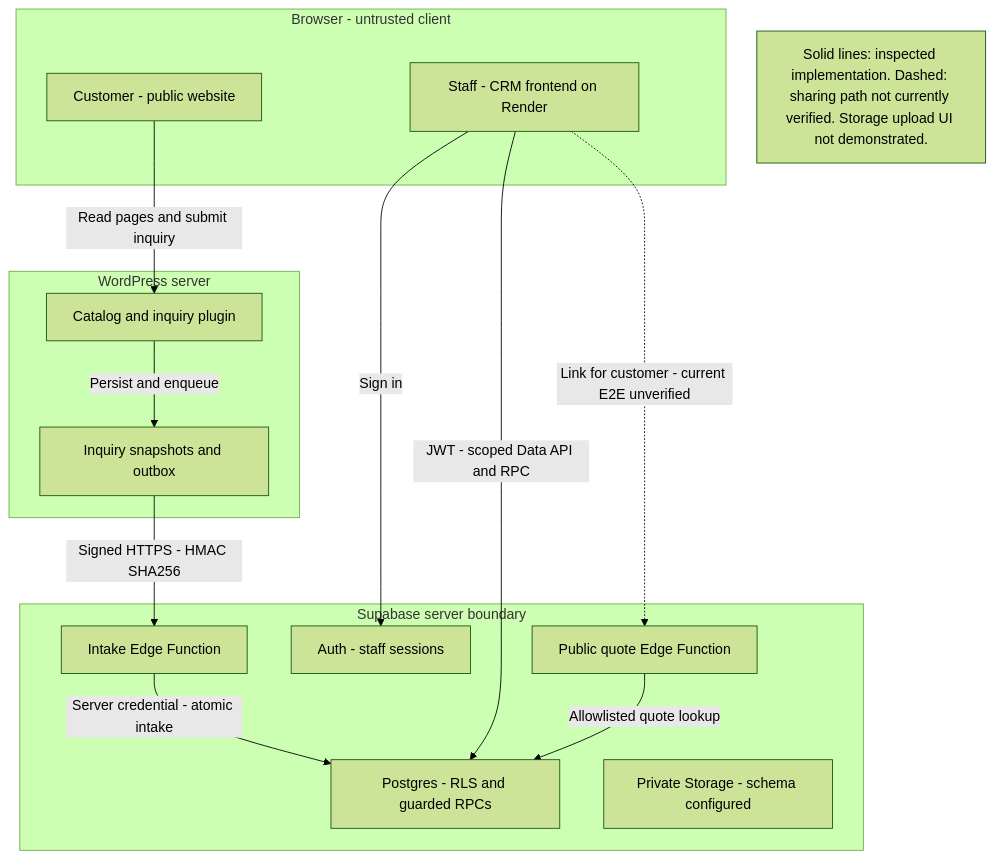
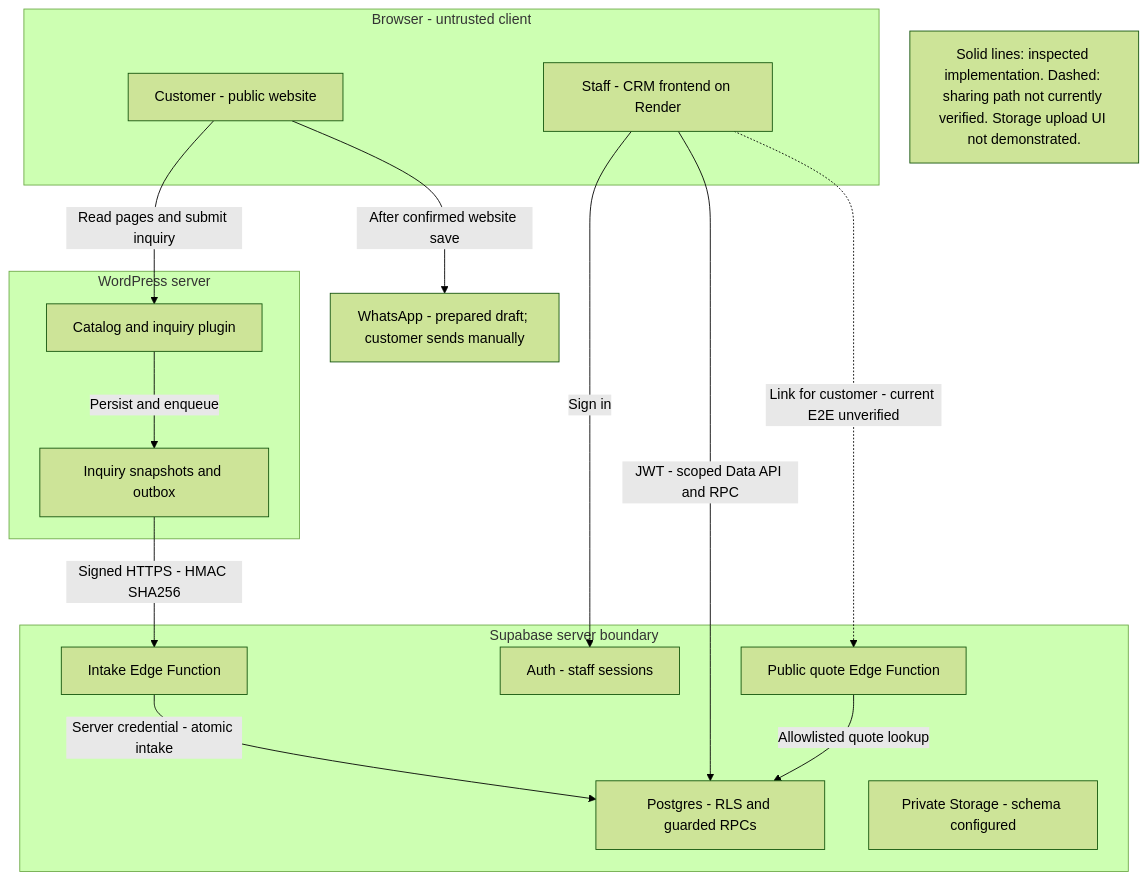
The diagram in assets/diagrams/system-overview.mmd (Jossefo/locktech-platform-case-study), drawn with Mermaid (forest theme) before and after one commit. The commit also changed 3 other files, not shown here.

Commit message:
Include the customer-controlled WhatsApp branch

```diff
--- a/assets/diagrams/system-overview.mmd
+++ b/assets/diagrams/system-overview.mmd
@@ -1,25 +1,27 @@
 flowchart TB
   subgraph B[Browser - untrusted client]
     C[Customer - public website]
     U[Staff - CRM frontend on Render]
   end
   subgraph W[WordPress server]
     P[Catalog and inquiry plugin]
     Q[Inquiry snapshots and outbox]
   end
   subgraph S[Supabase server boundary]
     A[Auth - staff sessions]
     E[Intake Edge Function]
     D[Postgres - RLS and guarded RPCs]
     L[Public quote Edge Function]
     F[Private Storage - schema configured]
   end
   C -->|Read pages and submit inquiry| P
   P -->|Persist and enqueue| Q
   Q -->|Signed HTTPS - HMAC SHA256| E
   E -->|Server credential - atomic intake| D
   U -->|Sign in| A
   U -->|JWT - scoped Data API and RPC| D
   L -->|Allowlisted quote lookup| D
   U -.->|Link for customer - current E2E unverified| L
+  M[WhatsApp - prepared draft; customer sends manually]
+  C -->|After confirmed website save| M
   N[Solid lines: inspected implementation. Dashed: sharing path not currently verified. Storage upload UI not demonstrated.]
```
